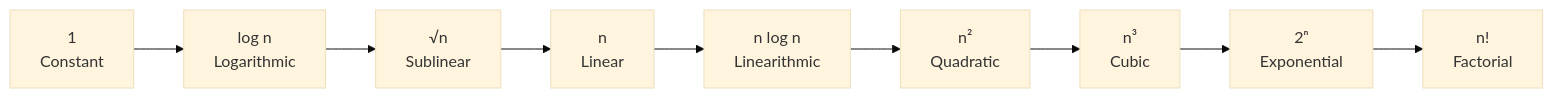
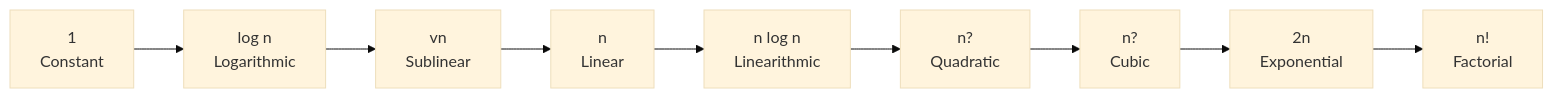
The second of 2 diagrams in docs/courses/discrete-mathematics/08-functions.md (Raushan666java/ai-engineering-journey), drawn with Mermaid (base theme) before and after one commit. The commit also changed other lines of this file and 790 other files, not shown here.

Commit message:
Sync all course diagram renders and content updates

````diff
--- a/docs/courses/discrete-mathematics/08-functions.md
+++ b/docs/courses/discrete-mathematics/08-functions.md
@@ -631,11 +723,11 @@
 ```mermaid
 flowchart LR
     A["1<br/>Constant"] --> B["log n<br/>Logarithmic"]
-    B --> C["√n<br/>Sublinear"]
+    B --> C["vn<br/>Sublinear"]
     C --> D["n<br/>Linear"]
     D --> E["n log n<br/>Linearithmic"]
-    E --> F["n²<br/>Quadratic"]
-    F --> G["n³<br/>Cubic"]
-    G --> H["2ⁿ<br/>Exponential"]
+    E --> F["n?<br/>Quadratic"]
+    F --> G["n?<br/>Cubic"]
+    G --> H["2n<br/>Exponential"]
     H --> I["n!<br/>Factorial"]
 ```
````
